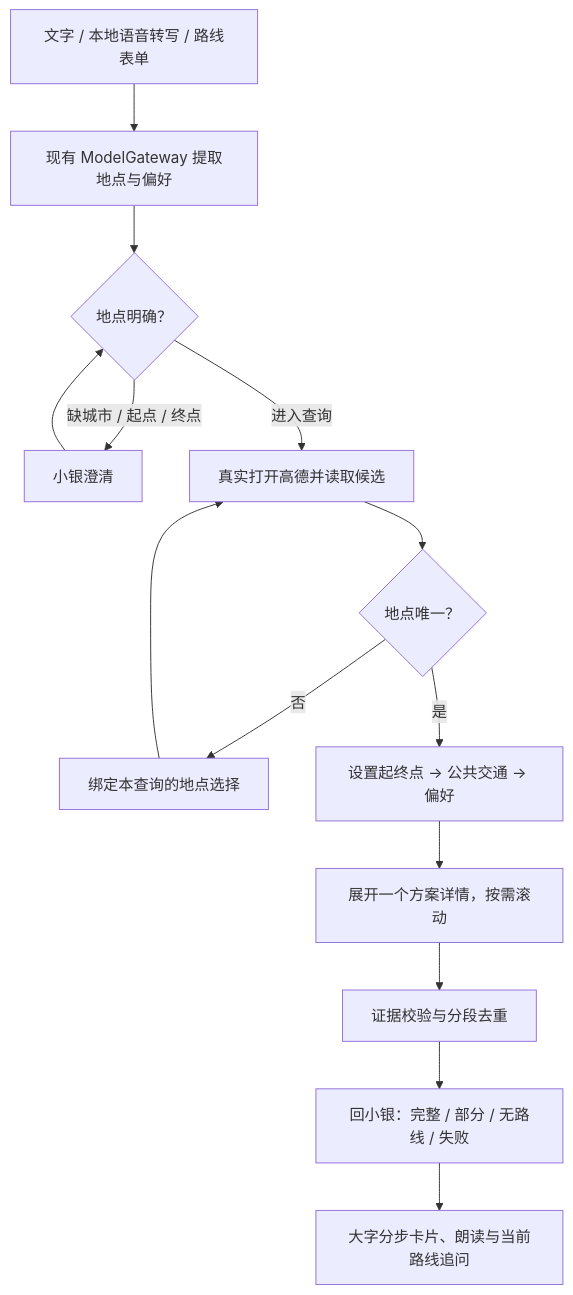
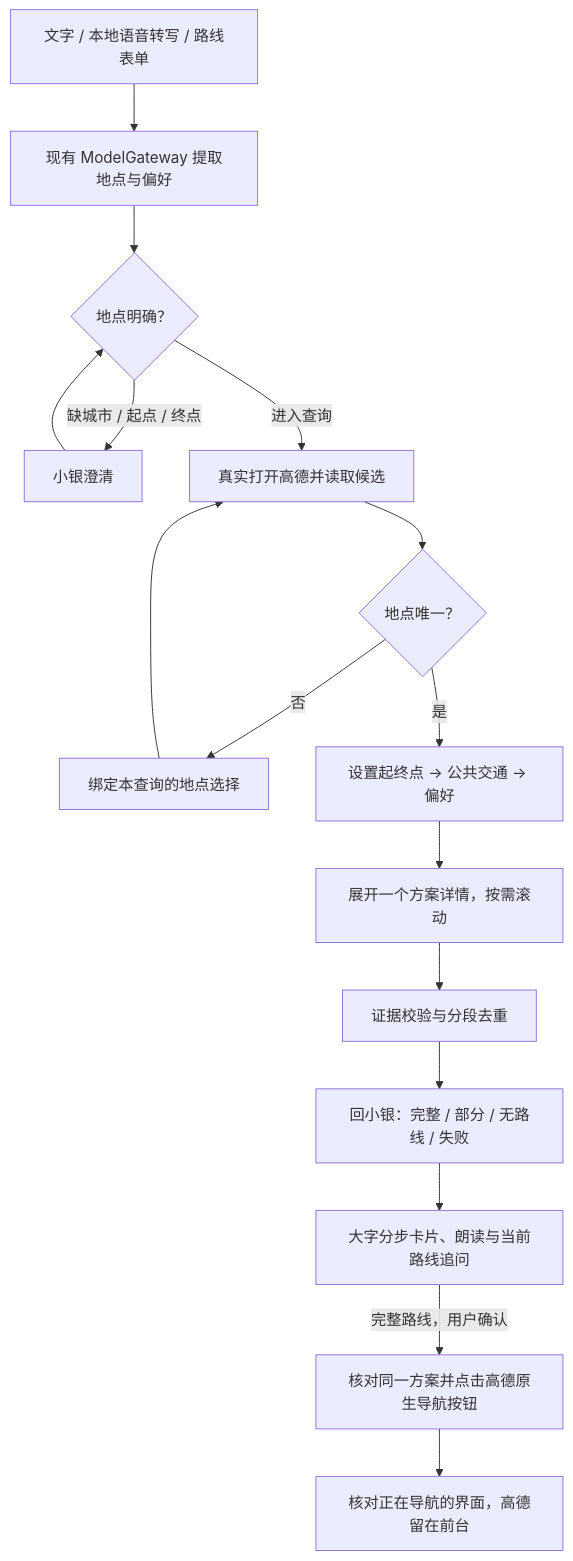
The diagram in docs/AMAP_TRANSIT.md (yzcchally/project_demo), drawn with Mermaid before and after one commit. The commit also changed other lines of this file and 63 other files, not shown here.

````diff
--- a/docs/AMAP_TRANSIT.md
+++ b/docs/AMAP_TRANSIT.md
@@ -29,16 +29,18 @@
 ```mermaid
 flowchart TD
     Input["文字 / 本地语音转写 / 路线表单"] --> Understand["现有 ModelGateway 提取地点与偏好"]
     Understand --> Check{"地点明确？"}
     Check -->|"缺城市 / 起点 / 终点"| Clarify["小银澄清"]
     Clarify --> Check
     Check -->|"进入查询"| Map["真实打开高德并读取候选"]
     Map --> Choice{"地点唯一？"}
     Choice -->|"否"| Human["绑定本查询的地点选择"]
     Human --> Map
     Choice -->|"是"| Route["设置起终点 → 公共交通 → 偏好"]
     Route --> Detail["展开一个方案详情，按需滚动"]
     Detail --> Validate["证据校验与分段去重"]
     Validate --> Result["回小银：完整 / 部分 / 无路线 / 失败"]
     Result --> Cards["大字分步卡片、朗读与当前路线追问"]
+    Cards -->|"完整路线，用户确认"| Start["核对同一方案并点击高德原生导航按钮"]
+    Start --> Active["核对正在导航的界面，高德留在前台"]
 ```
````
